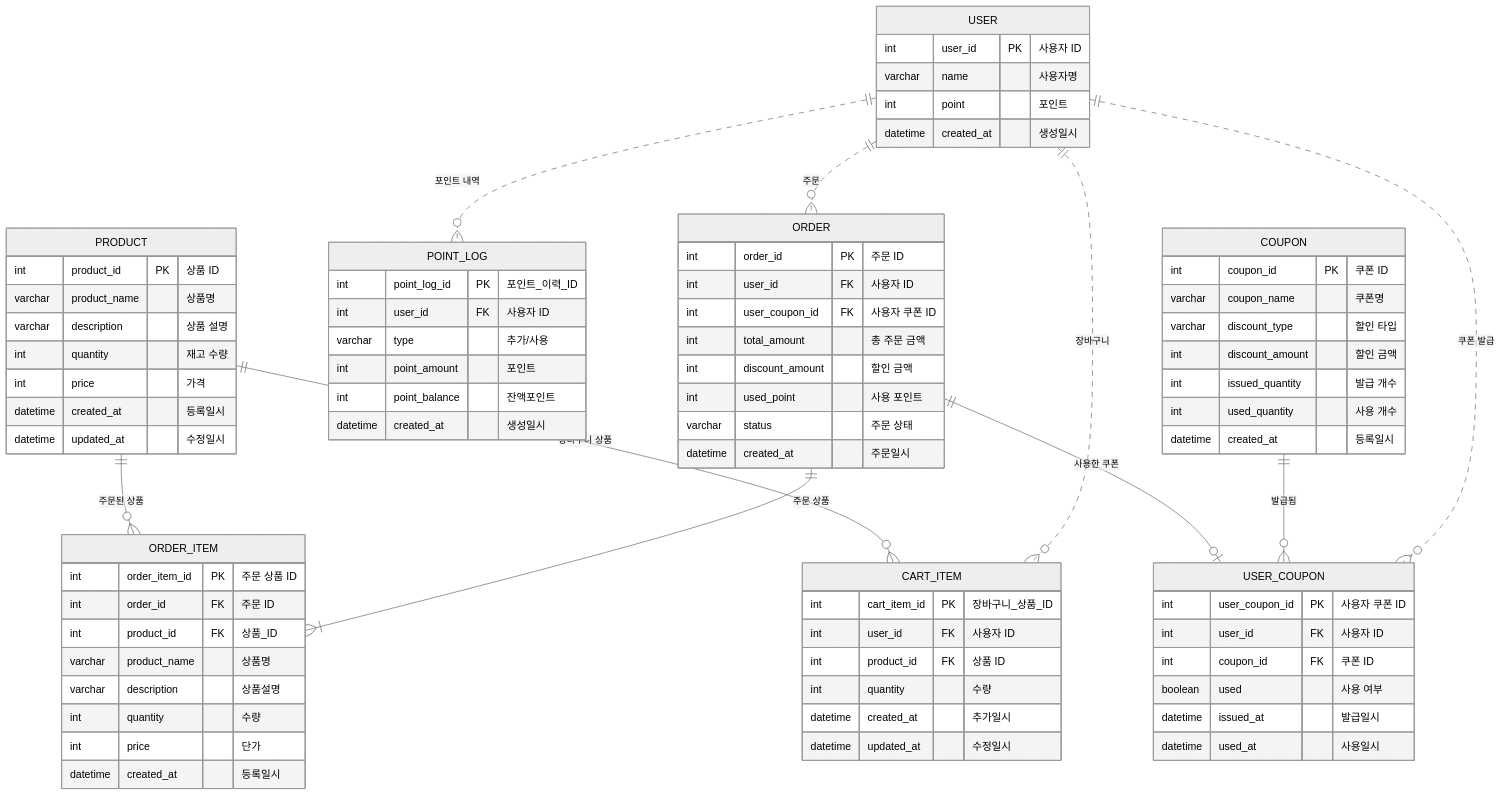
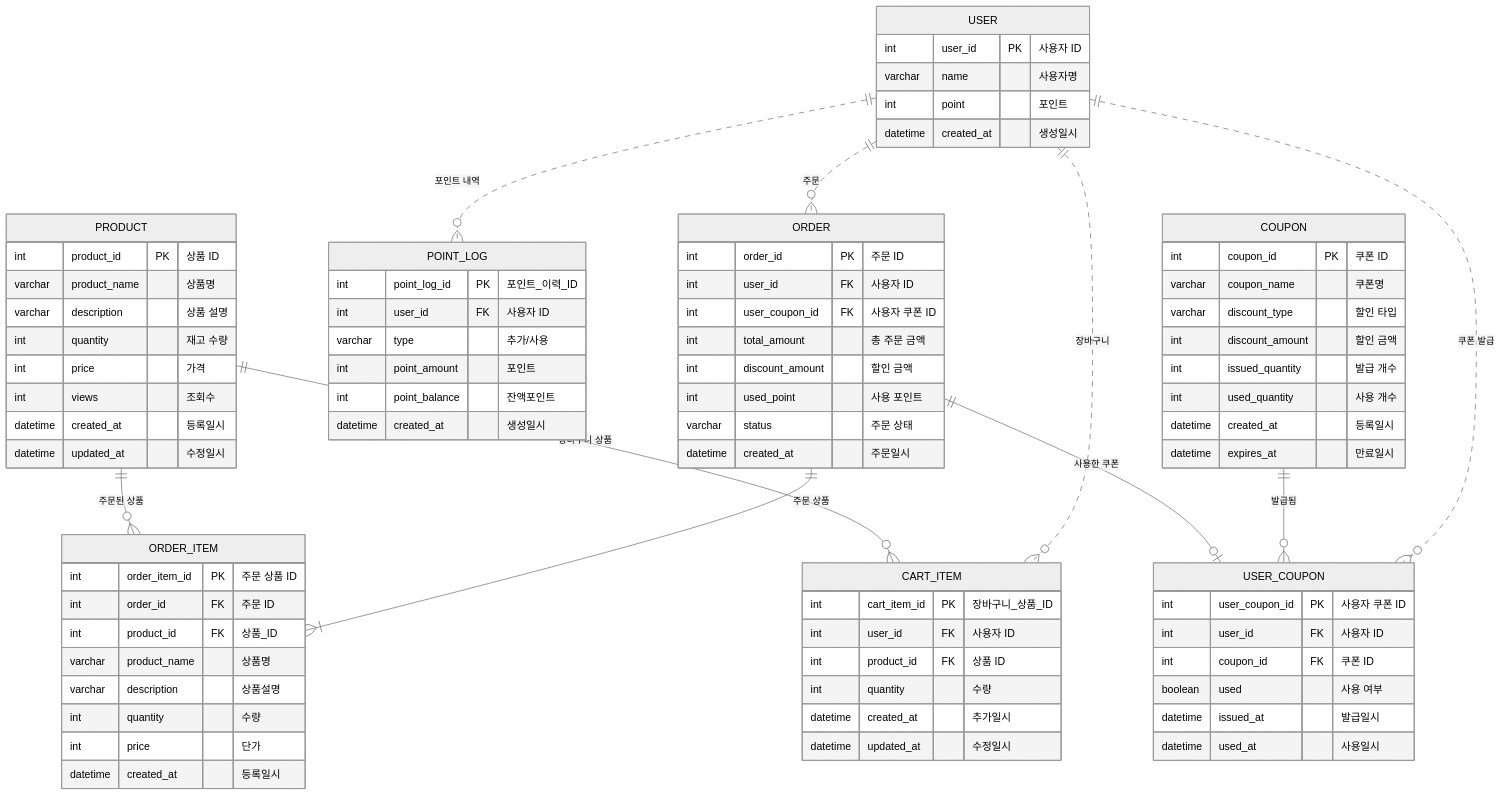
Before and after one commit to gyunammy/ecommerce: the diagram in docs/api/data-models.md, drawn with Mermaid (neutral theme).

Commit message:
docs: ERD 수정
- COUPON에 만료일 컬럼 추가
- PRODUCT에 조회수 컬럼 추가

```diff
--- a/docs/api/data-models.md
+++ b/docs/api/data-models.md
@@ -61,6 +61,7 @@
         int      issued_quantity "발급 개수"
         int      used_quantity   "사용 개수"
         datetime created_at      "등록일시"
+        datetime expires_at      "만료일시"
     }
 
     %% 사용자 쿠폰 테이블
@@ -90,6 +91,7 @@
         varchar  description   "상품 설명"
         int      quantity      "재고 수량"
         int      price         "가격"
+        int      views         "조회수"
         datetime created_at    "등록일시"
         datetime updated_at    "수정일시"
     }
```
